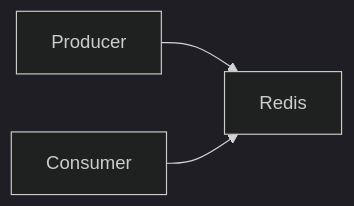
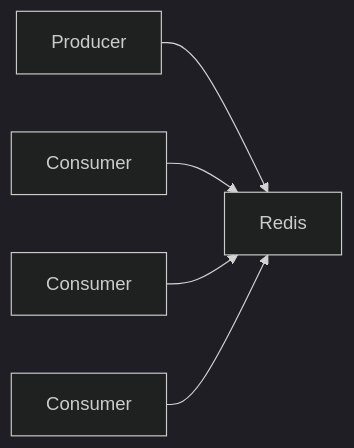
One commit to marcelom97/go-redis-message-queue changed the diagram in Readme.md. Above: the diagram before and after it, drawn with Mermaid (dark theme). The commit also changed other lines of this file and 6 other files, not shown here.

````diff
--- a/Readme.md
+++ b/Readme.md
@@ -28,5 +28,7 @@
 ```mermaid
 flowchart LR;
     A[Producer]-->B[Redis];
     C[Consumer]-->B[Redis];
+    D[Consumer]-->B[Redis];
+    E[Consumer]-->B[Redis];
 ```
````
